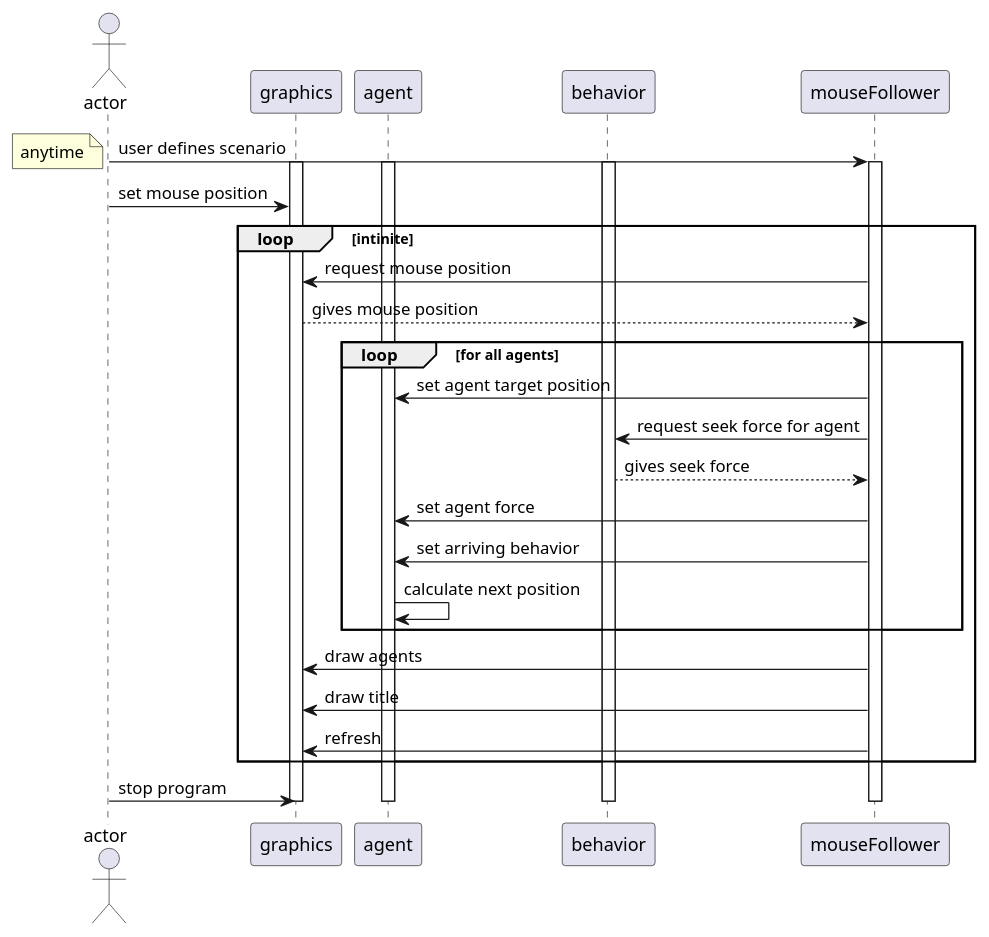
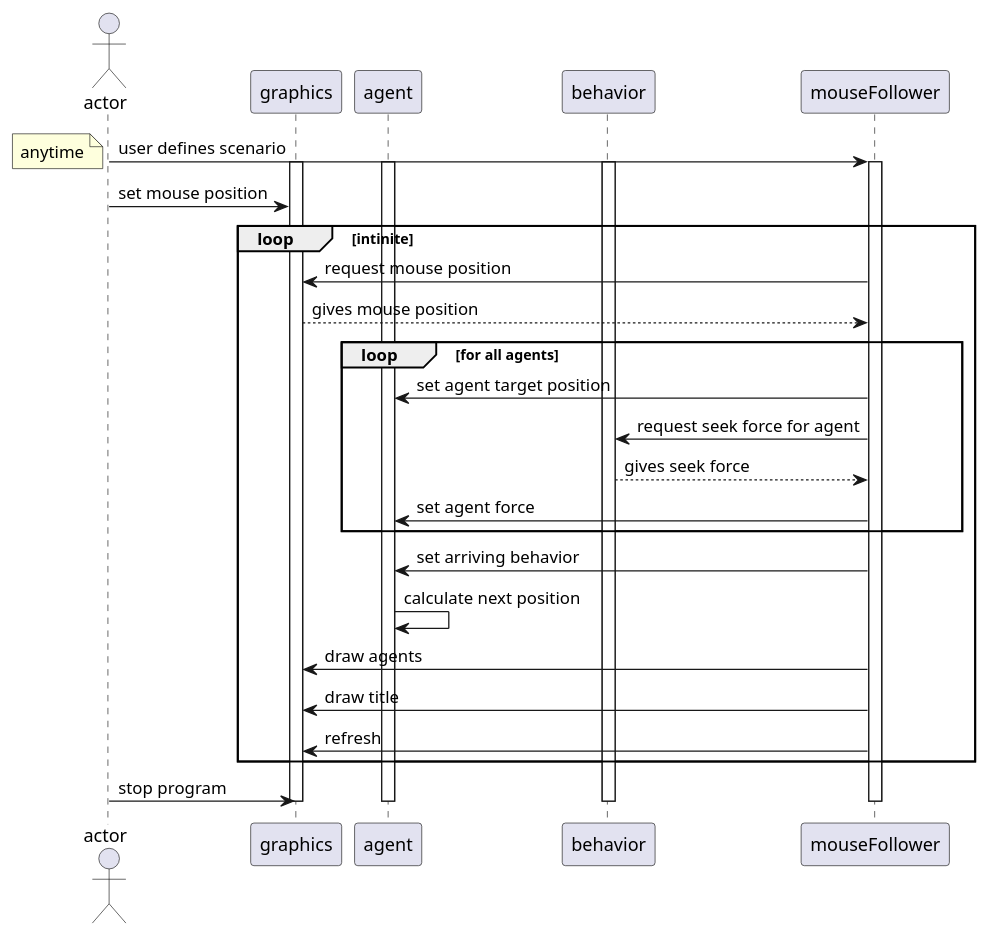
One commit to mehmetrizaoz/autonomousSteeringAgents changed the diagram in docs/uml/sequence_diagram/mouseFollower_scenario.puml. Above: the diagram before and after it, drawn with PlantUML. The commit also changed 2 other files, not shown here.

Commit message:
updates in sequence diagrams

```diff
--- a/docs/uml/sequence_diagram/mouseFollower_scenario.puml
+++ b/docs/uml/sequence_diagram/mouseFollower_scenario.puml
@@ -1,35 +1,35 @@
 @startuml
 actor actor as user
 participant graphics as view
 participant agent as agent
 participant behavior as steeringBehavior
 participant mouseFollower as mF
 
 user -> mF: user defines scenario
 activate mF
 activate view
 activate agent
 activate steeringBehavior
 note left: anytime
 user -> view:  set mouse position
 loop intinite    
     mF -> view: request mouse position
     view --> mF: gives mouse position
     loop for all agents
         mF -> agent: set agent target position
         mF -> steeringBehavior: request seek force for agent
         steeringBehavior --> mF: gives seek force
         mF -> agent: set agent force
-        mF -> agent: set arriving behavior
-        agent -> agent: calculate next position    
     end
+    mF -> agent: set arriving behavior
+    agent -> agent: calculate next position    
     mF -> view: draw agents
     mF -> view: draw title
     mF -> view: refresh
 end
 user -> view: stop program
 deactivate mF
 deactivate view
 deactivate agent
 deactivate steeringBehavior
 @enduml
```
